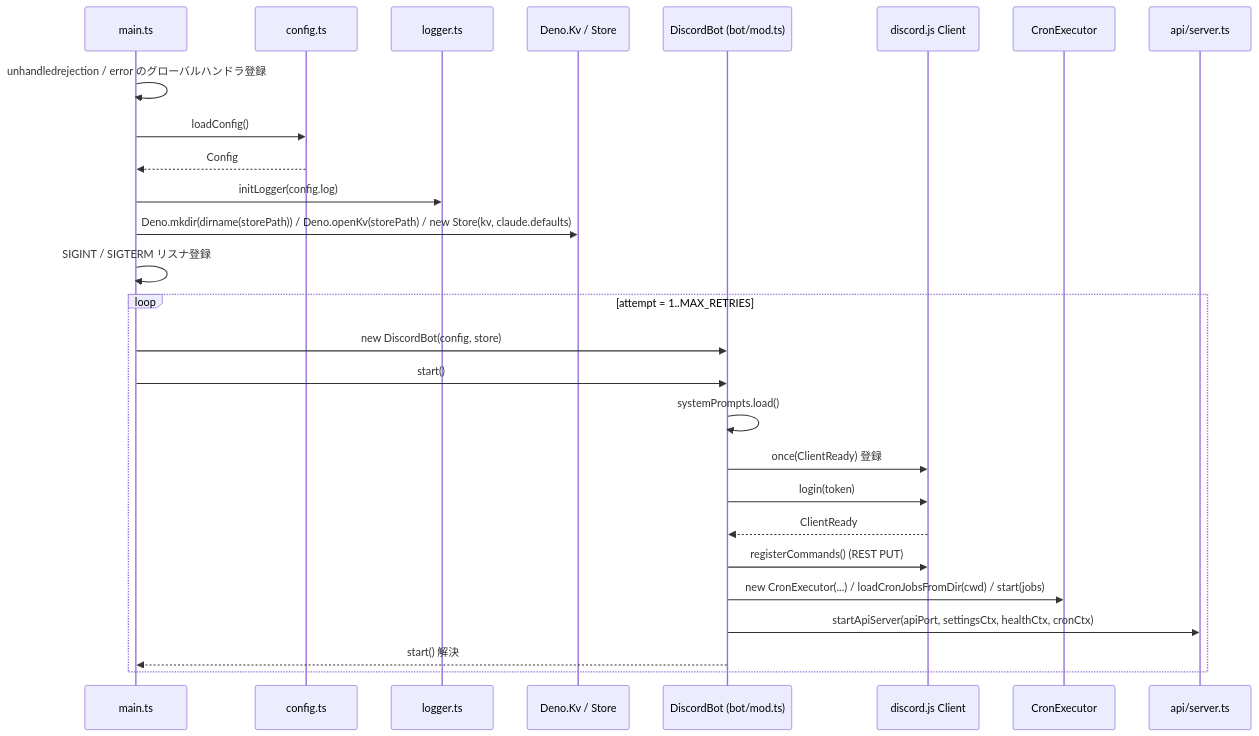
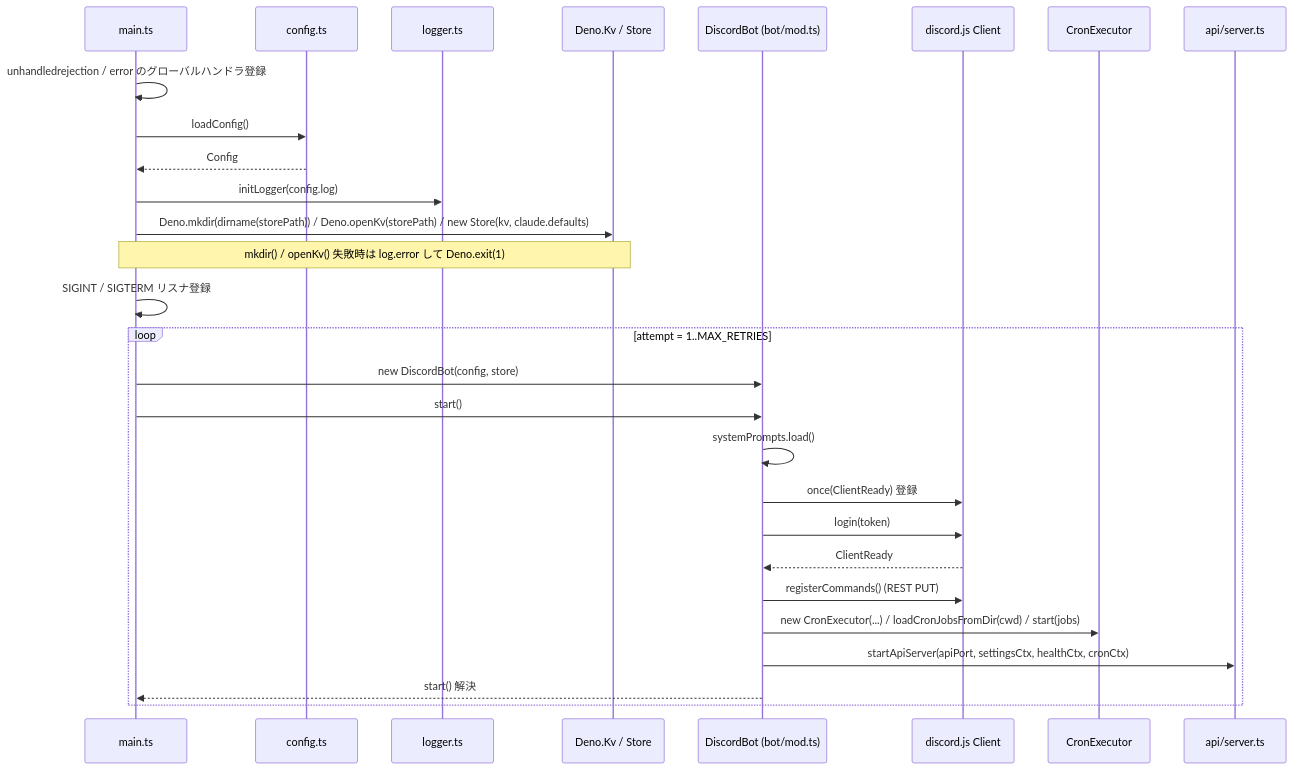
Before and after one commit to ansanloms/loms-claw: the diagram in docs/architecture/lifecycle.md, drawn with Mermaid. The commit also changed other lines of this file and 11 other files, not shown here.

````diff
--- a/docs/architecture/lifecycle.md
+++ b/docs/architecture/lifecycle.md
@@ -9,30 +9,31 @@
 ```mermaid
 sequenceDiagram
     participant M as main.ts
     participant C as config.ts
     participant L as logger.ts
     participant KV as Deno.Kv / Store
     participant B as DiscordBot (bot/mod.ts)
     participant D as discord.js Client
     participant X as CronExecutor
     participant A as api/server.ts
 
     M->>M: unhandledrejection / error のグローバルハンドラ登録
     M->>C: loadConfig()
     C-->>M: Config
     M->>L: initLogger(config.log)
     M->>KV: Deno.mkdir(dirname(storePath)) / Deno.openKv(storePath) / new Store(kv, claude.defaults)
+    Note over M,KV: mkdir() / openKv() 失敗時は log.error して Deno.exit(1)
     M->>M: SIGINT / SIGTERM リスナ登録
     loop attempt = 1..MAX_RETRIES
         M->>B: new DiscordBot(config, store)
         M->>B: start()
         B->>B: systemPrompts.load()
         B->>D: once(ClientReady) 登録
         B->>D: login(token)
         D-->>B: ClientReady
         B->>D: registerCommands() (REST PUT)
         B->>X: new CronExecutor(...) / loadCronJobsFromDir(cwd) / start(jobs)
         B->>A: startApiServer(apiPort, settingsCtx, healthCtx, cronCtx)
         B-->>M: start() 解決
     end
 ```
````
